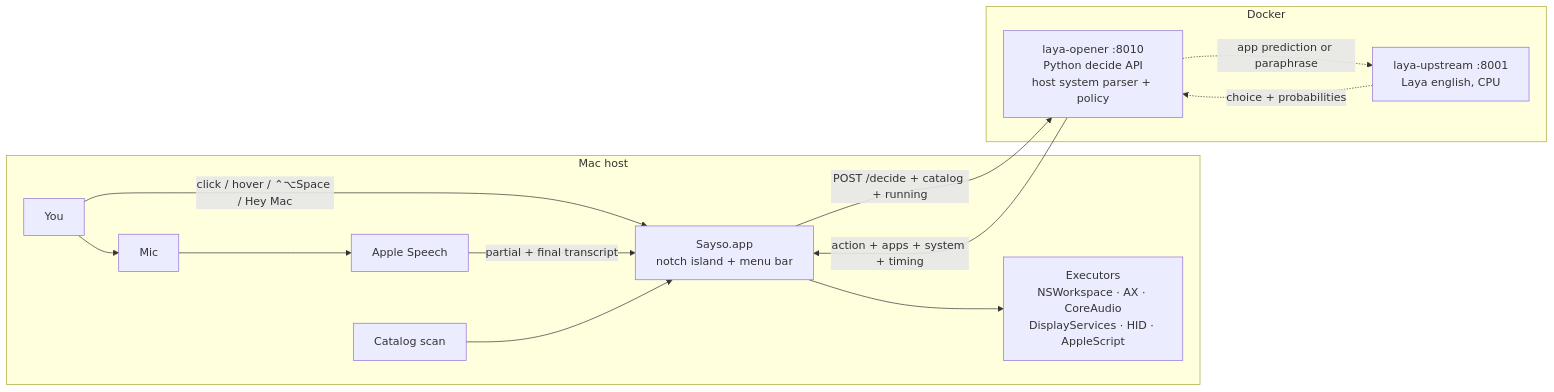
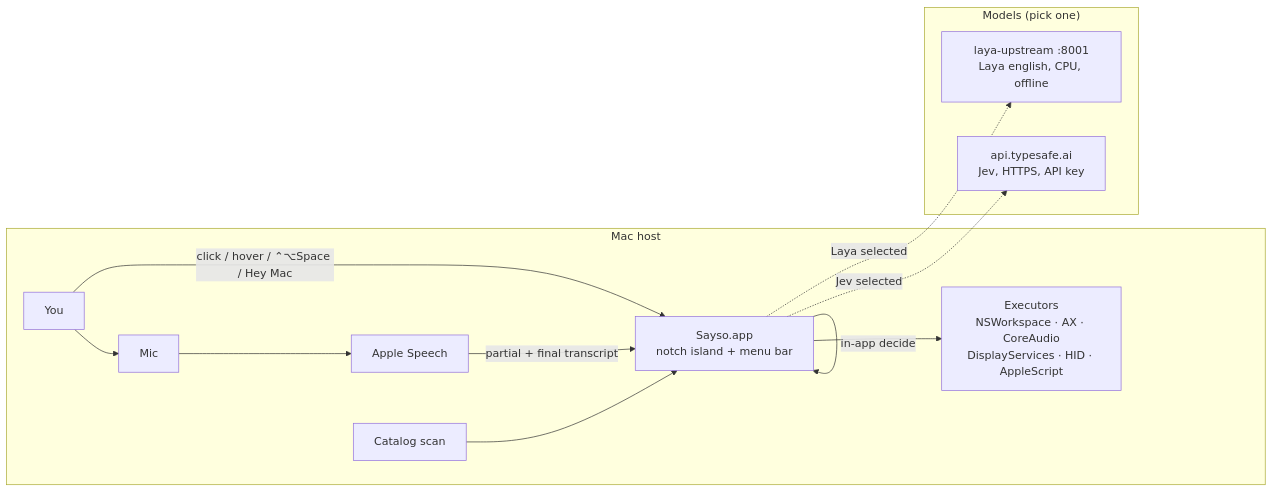
Before and after one commit to AshutoshKY/sayso: the first of 2 diagrams in README.md, drawn with Mermaid. The commit also changed other lines of this file and 24 other files, not shown here.

First line of the commit message:
feat: default Off engine, Jev/Laya optional, v0.2.0 installer

````diff
--- a/README.md
+++ b/README.md
@@ -79,27 +80,26 @@
 ```mermaid
 flowchart LR
   subgraph macHost["Mac host"]
     User["You"]
     Mic["Mic"]
     Notch["Sayso.app<br/>notch island + menu bar"]
     Speech["Apple Speech"]
     Scan["Catalog scan"]
     Executors["Executors<br/>NSWorkspace · AX · CoreAudio<br/>DisplayServices · HID · AppleScript"]
   end
 
-  subgraph docker["Docker"]
-    Opener["laya-opener :8010<br/>Python decide API<br/>host system parser + policy"]
-    Laya["laya-upstream :8001<br/>Laya english, CPU"]
+  subgraph models["Models (pick one)"]
+    Laya["laya-upstream :8001<br/>Laya english, CPU, offline"]
+    Jev["api.typesafe.ai<br/>Jev, HTTPS, API key"]
   end
 
   User -->|click / hover / ⌃⌥Space / Hey Mac| Notch
   User --> Mic
   Mic --> Speech
   Speech -->|partial + final transcript| Notch
   Scan --> Notch
-  Notch -->|POST /decide + catalog + running| Opener
-  Opener -.->|app prediction or paraphrase| Laya
-  Laya -.->|choice + probabilities| Opener
-  Opener -->|action + apps + system + timing| Notch
+  Notch -->|in-app decide| Notch
+  Notch -.->|Laya selected| Laya
+  Notch -.->|Jev selected| Jev
   Notch --> Executors
 ```
````
